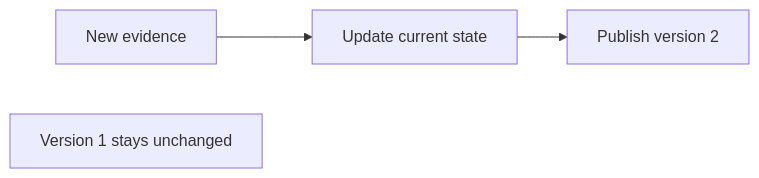
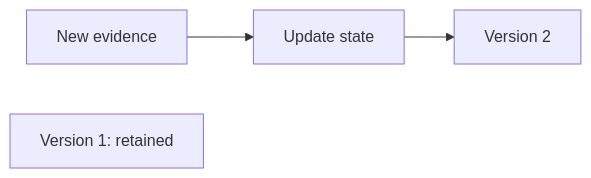
The diagram in documentation/learn/time-and-state.md (ghassan-ai-projects/agentic-stream), drawn with Mermaid before and after one commit. The commit also changed 37 other files, not shown here.

Commit message:
docs: simplify diagrams and verify the learning and runtime guides

````diff
--- a/documentation/learn/time-and-state.md
+++ b/documentation/learn/time-and-state.md
@@ -42,6 +42,6 @@
 ```mermaid
 flowchart LR
-    E["New evidence"] --> S["Update current state"]
-    S --> V["Publish version 2"]
-    V1["Version 1 stays unchanged"]
+    E["New evidence"] --> S["Update state"]
+    S --> V["Version 2"]
+    V1["Version 1: retained"]
 ```
````
